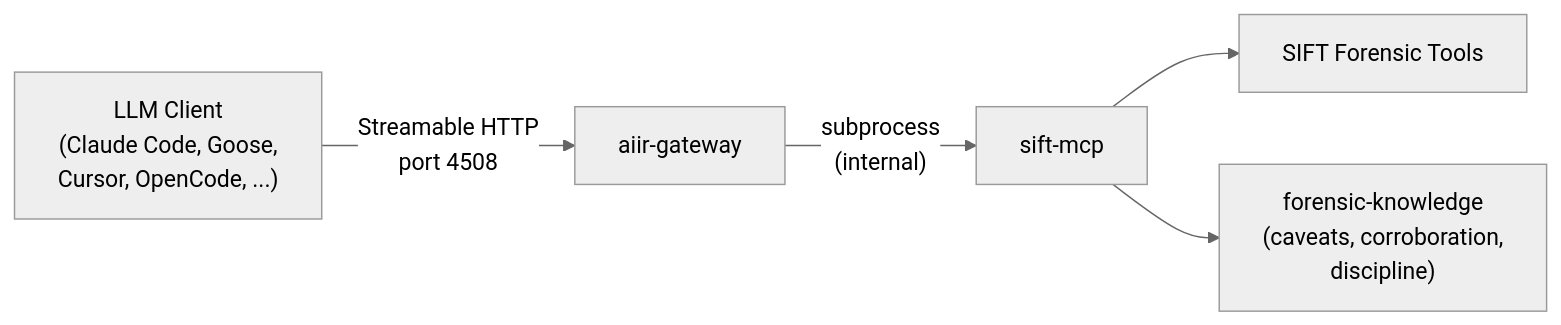
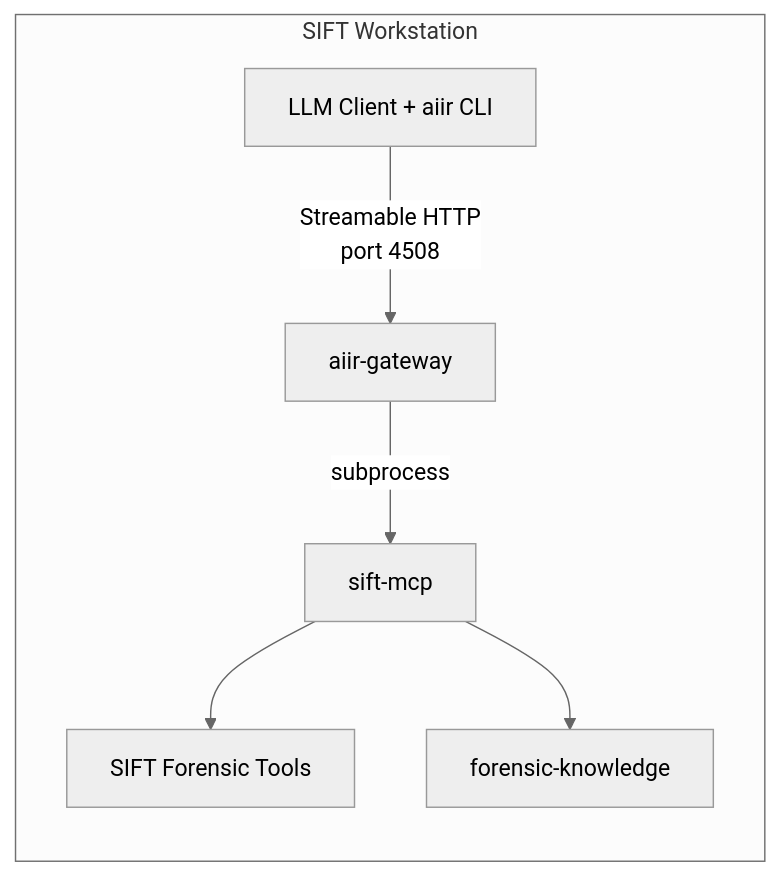
One commit to AppliedIR/sift-mcp changed the first of 2 diagrams in README.md. Above: the diagram before and after it, drawn with Mermaid (neutral theme). The commit also changed other lines of this file, not shown here.

Commit message:
fix diagram: LLM client and CLI inside SIFT workstation box

````diff
--- a/README.md
+++ b/README.md
@@ -9,7 +9,15 @@
 ```mermaid
 graph LR
-    C["LLM Client<br/>(Claude Code, Goose,<br/>Cursor, OpenCode, ...)"] -->|"Streamable HTTP<br/>port 4508"| GW[aiir-gateway]
-    GW -->|"subprocess<br/>(internal)"| SM[sift-mcp]
-    SM --> TOOLS["SIFT Forensic Tools"]
-    SM --> FK["forensic-knowledge<br/>(caveats, corroboration,<br/>discipline)"]
+    subgraph sift ["SIFT Workstation"]
+        C["LLM Client + aiir CLI"]
+        GW[aiir-gateway]
+        SM[sift-mcp]
+        TOOLS["SIFT Forensic Tools"]
+        FK["forensic-knowledge"]
+
+        C -->|"Streamable HTTP<br/>port 4508"| GW
+        GW -->|"subprocess"| SM
+        SM --> TOOLS
+        SM --> FK
+    end
 ```
````
